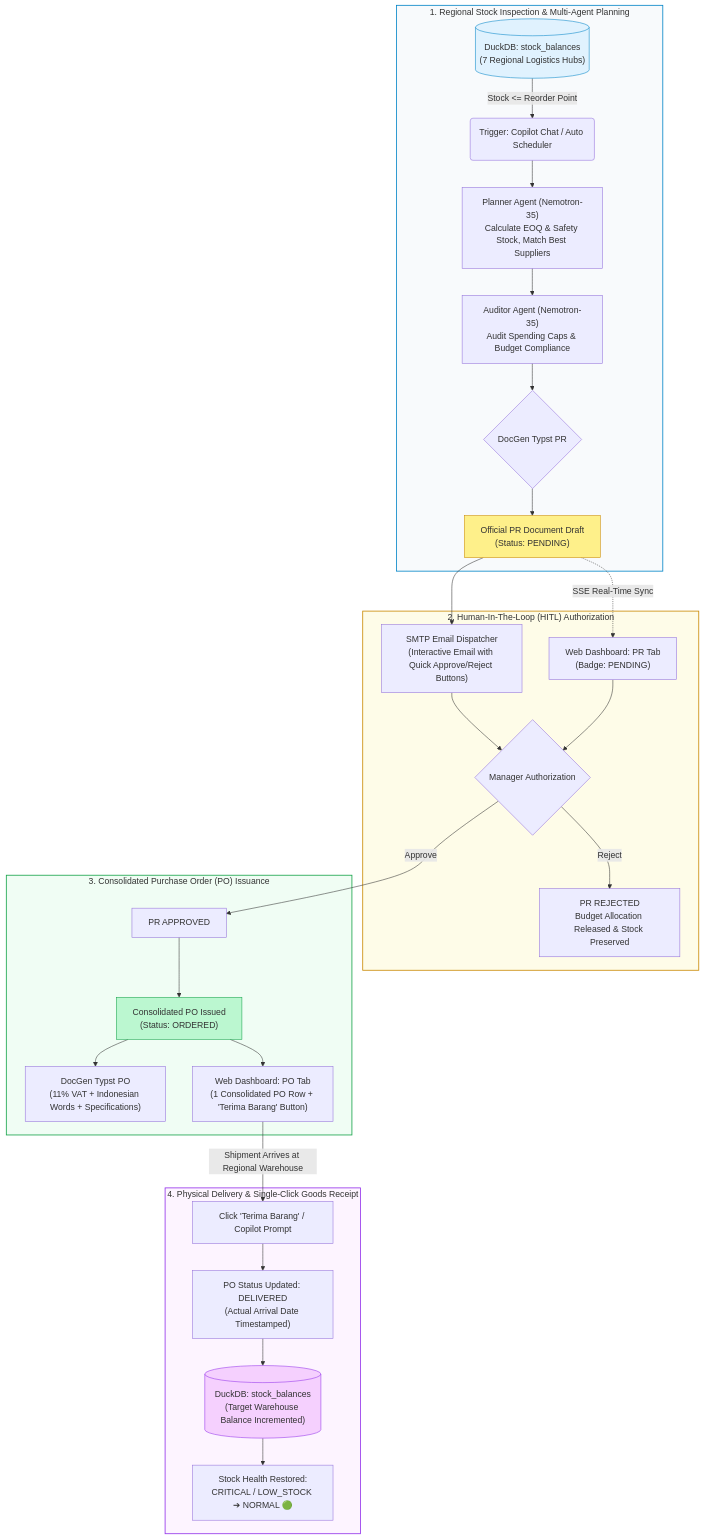
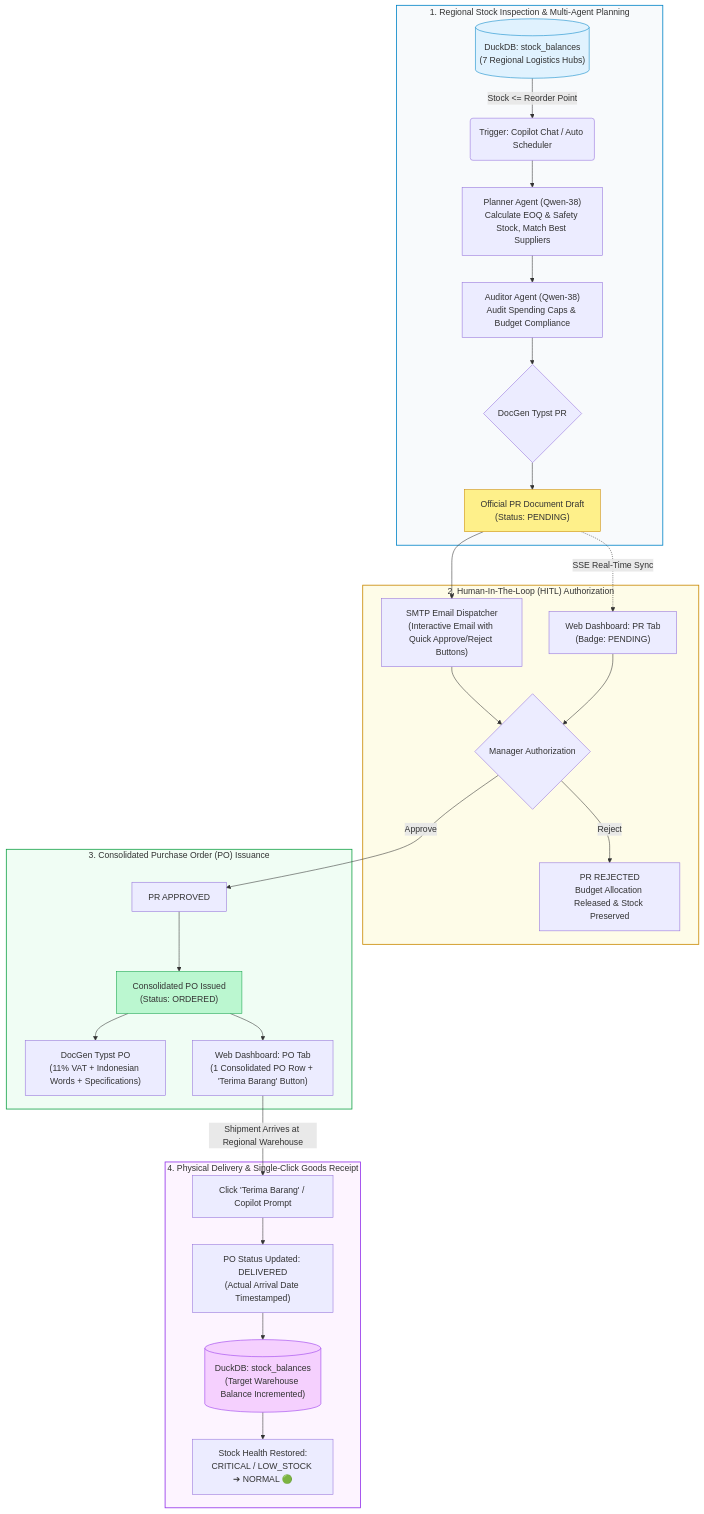
The second of 5 diagrams in README.md (daffaarigoh/AutoRestock-Agent), drawn with Mermaid before and after one commit. The commit also changed other lines of this file and 43 other files, not shown here.

Commit message:
feat: enhance autonomous multi-agent orchestration, tenant isolation, and enterprise audit test suites

````diff
--- a/README.md
+++ b/README.md
@@ -76,44 +90,44 @@
 ```mermaid
 flowchart TD
     %% PHASE 1: DETECTION & PLANNING
     subgraph A_Phase1 ["1. Regional Stock Inspection & Multi-Agent Planning"]
         A1[("DuckDB: stock_balances<br/>(7 Regional Logistics Hubs)")] -->|Stock <= Reorder Point| A2("Trigger: Copilot Chat / Auto Scheduler")
-        A2 --> A3["Planner Agent (Nemotron-35)<br/>Calculate EOQ & Safety Stock, Match Best Suppliers"]
-        A3 --> A4["Auditor Agent (Nemotron-35)<br/>Audit Spending Caps & Budget Compliance"]
+        A2 --> A3["Planner Agent (Qwen-38)<br/>Calculate EOQ & Safety Stock, Match Best Suppliers"]
+        A3 --> A4["Auditor Agent (Qwen-38)<br/>Audit Spending Caps & Budget Compliance"]
         A4 --> A5{"DocGen Typst PR"}
         A5 --> A6["Official PR Document Draft<br/>(Status: PENDING)"]
     end
 
     %% PHASE 2: MANAGERIAL APPROVAL
     subgraph A_Phase2 ["2. Human-In-The-Loop (HITL) Authorization"]
         A6 --> A7["SMTP Email Dispatcher<br/>(Interactive Email with Quick Approve/Reject Buttons)"]
         A6 -.->|SSE Real-Time Sync| A8["Web Dashboard: PR Tab<br/>(Badge: PENDING)"]
         A7 & A8 --> A9{"Manager Authorization"}
         A9 -->|Reject| A10["PR REJECTED<br/>Budget Allocation Released & Stock Preserved"]
     end
 
     %% PHASE 3: CONSOLIDATED PO ISSUANCE
     subgraph A_Phase3 ["3. Consolidated Purchase Order (PO) Issuance"]
         A9 -->|Approve| A11["PR APPROVED"]
         A11 --> A12["Consolidated PO Issued<br/>(Status: ORDERED)"]
         A12 --> A13["DocGen Typst PO<br/>(11% VAT + Indonesian Words + Specifications)"]
         A12 --> A14["Web Dashboard: PO Tab<br/>(1 Consolidated PO Row + 'Terima Barang' Button)"]
     end
 
     %% PHASE 4: GOODS RECEIPT & STOCK UPDATE
     subgraph A_Phase4 ["4. Physical Delivery & Single-Click Goods Receipt"]
         A14 -->|Shipment Arrives at Regional Warehouse| A15["Click 'Terima Barang' / Copilot Prompt"]
         A15 --> A16["PO Status Updated: DELIVERED<br/>(Actual Arrival Date Timestamped)"]
         A16 --> A17[("DuckDB: stock_balances<br/>(Target Warehouse Balance Incremented)")]
         A17 --> A18["Stock Health Restored:<br/>CRITICAL / LOW_STOCK ➔ NORMAL 🟢"]
     end
 
     style A_Phase1 fill:#f8fafc,stroke:#0284c7,stroke-width:1.5px
     style A_Phase2 fill:#fefce8,stroke:#ca8a04,stroke-width:1.5px
     style A_Phase3 fill:#f0fdf4,stroke:#16a34a,stroke-width:1.5px
     style A_Phase4 fill:#fdf4ff,stroke:#9333ea,stroke-width:1.5px
     style A1 fill:#e0f2fe,stroke:#0284c7
     style A6 fill:#fef08a,stroke:#ca8a04
     style A12 fill:#bbf7d0,stroke:#16a34a
     style A17 fill:#f5d0fe,stroke:#9333ea
 ```
````
